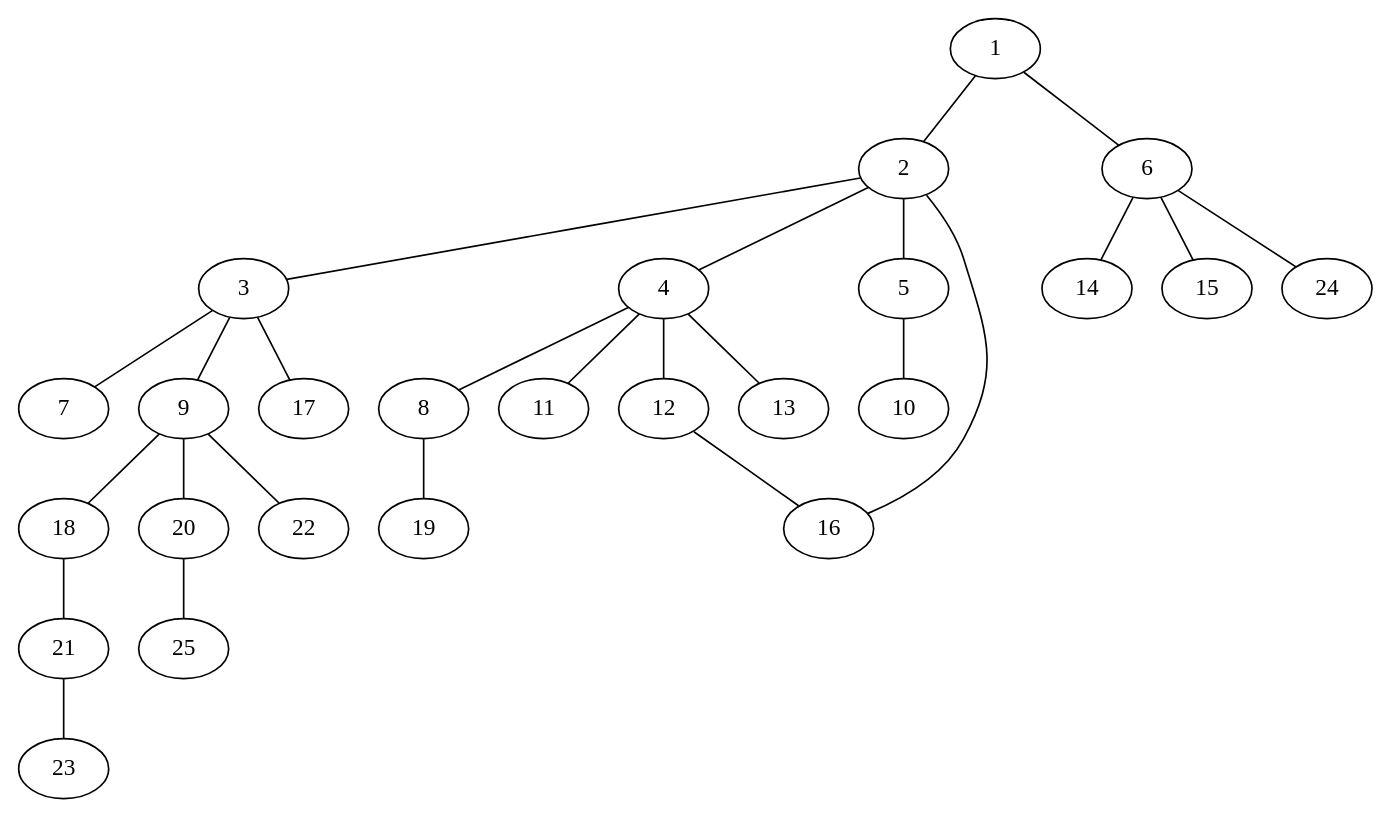
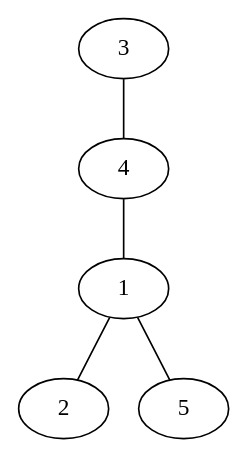
One commit to dkadio/AvA changed the diagram in abgabe_ueb2/graph1.gv. Above: the diagram before and after it, drawn with Graphviz. The commit also changed 6 other files, not shown here.

```diff
--- a/abgabe_ueb2/graph1.gv
+++ b/abgabe_ueb2/graph1.gv
@@ -1,27 +1,6 @@
 graph G {
 1 -- 2;
-2 -- 3;
-2 -- 4;
-2 -- 5;
-1 -- 6;
-3 -- 7;
-4 -- 8;
-3 -- 9;
-5 -- 10;
-4 -- 11;
-4 -- 12;
-4 -- 13;
-6 -- 14;
-6 -- 15;
-12 -- 16;
-3 -- 17;
-9 -- 18;
-8 -- 19;
-9 -- 20;
-18 -- 21;
-9 -- 22;
-21 -- 23;
-6 -- 24;
-20 -- 25;
-2 -- 16;
+3 -- 4;
+1 -- 5;
+4 -- 1;
 }
```
